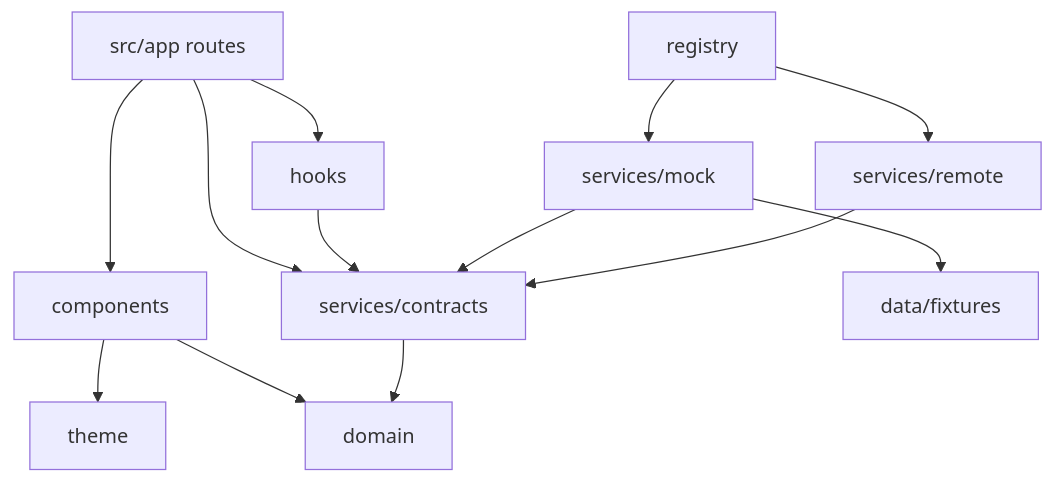
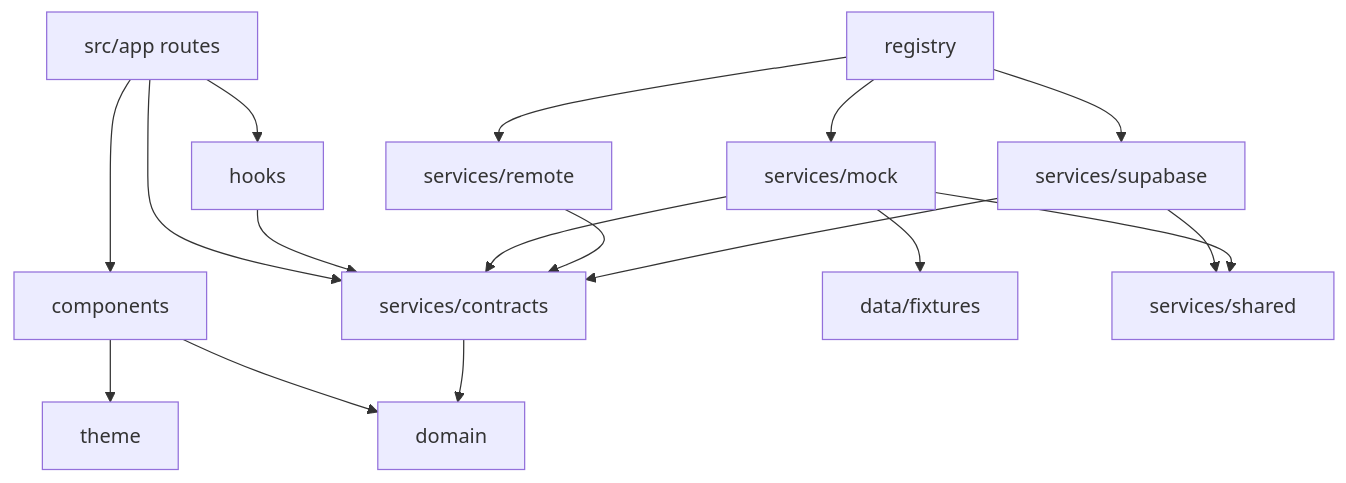
The diagram in docs/06-application-folder-structure.md (Romulus61265/RCYC-Loyalty-App), drawn with Mermaid before and after one commit. The commit also changed other lines of this file and 56 other files, not shown here.

First line of the commit message:
Integrate Supabase behind the existing service contracts

````diff
--- a/docs/06-application-folder-structure.md
+++ b/docs/06-application-folder-structure.md
@@ -88,15 +96,19 @@
 ```mermaid
 flowchart TD
   app[src/app routes] --> components
   app --> hooks
   app --> contracts[services/contracts]
   hooks --> contracts
   components --> theme
   components --> domain
   contracts --> domain
   mock[services/mock] --> contracts
   mock --> fixtures[data/fixtures]
   remote[services/remote] --> contracts
+  supa[services/supabase] --> contracts
+  supa --> shared[services/shared]
+  mock --> shared
   registry --> mock
   registry --> remote
+  registry --> supa
 ```
````
